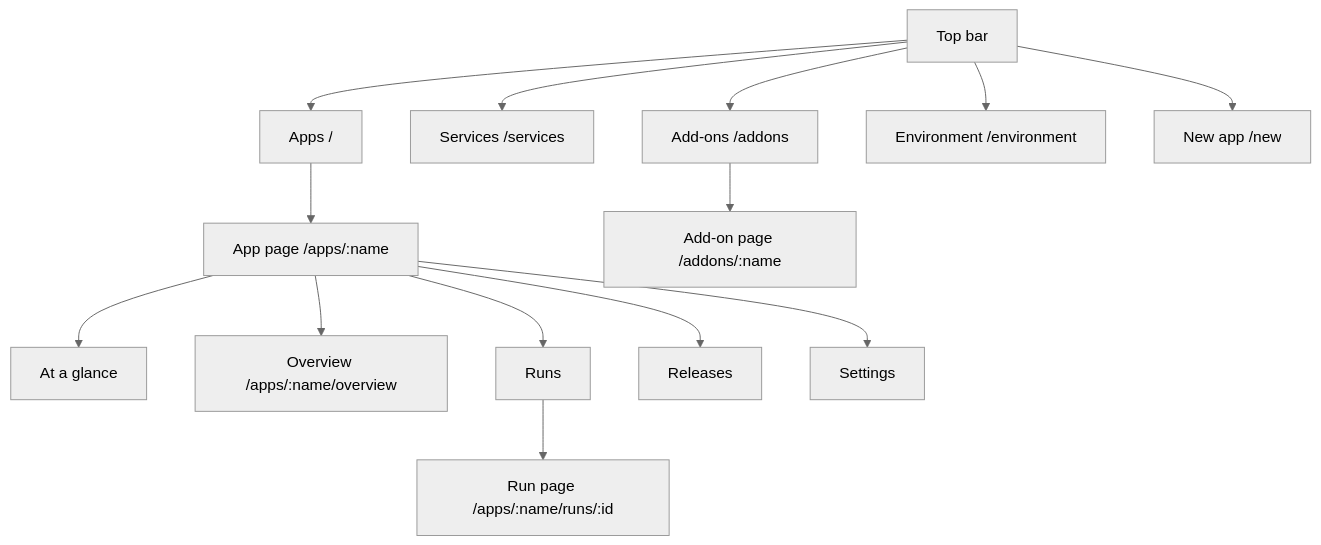
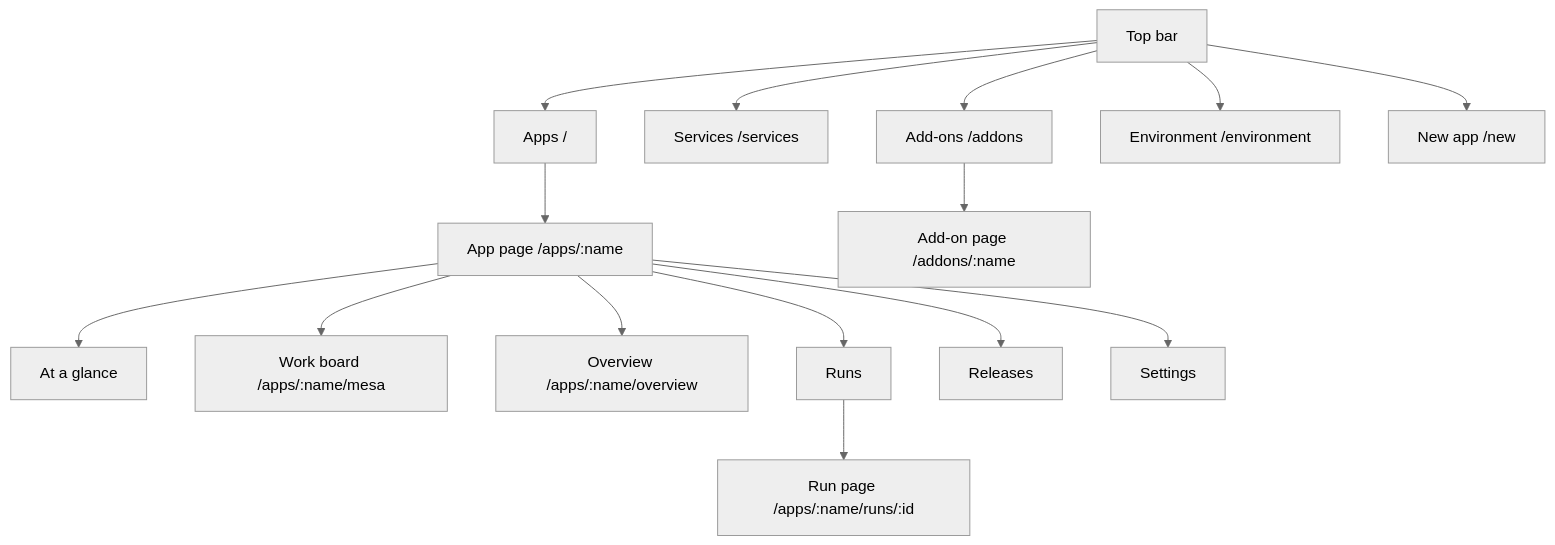
One commit to rendimiento-ai/rendimiento changed the diagram in docs/content/start/tour.md. Above: the diagram before and after it, drawn with Mermaid (neutral theme). The commit also changed other lines of this file and 25 other files, not shown here.

First line of the commit message:
Each app has a work board: every branch, how it stands and who it waits for

````diff
--- a/docs/content/start/tour.md
+++ b/docs/content/start/tour.md
@@ -5,15 +5,16 @@
 ```mermaid
 flowchart TB
     top[Top bar] --> apps[Apps /]
     top --> svc[Services /services]
     top --> add[Add-ons /addons]
     top --> env[Environment /environment]
     top --> new[New app /new]
     apps --> app[App page /apps/:name]
     app --> gl[At a glance]
+    app --> mesa[Work board /apps/:name/mesa]
     app --> ov[Overview /apps/:name/overview]
     app --> runs[Runs] --> run[Run page /apps/:name/runs/:id]
     app --> rel[Releases]
     app --> set[Settings]
     add --> det[Add-on page /addons/:name]
 ```
````
